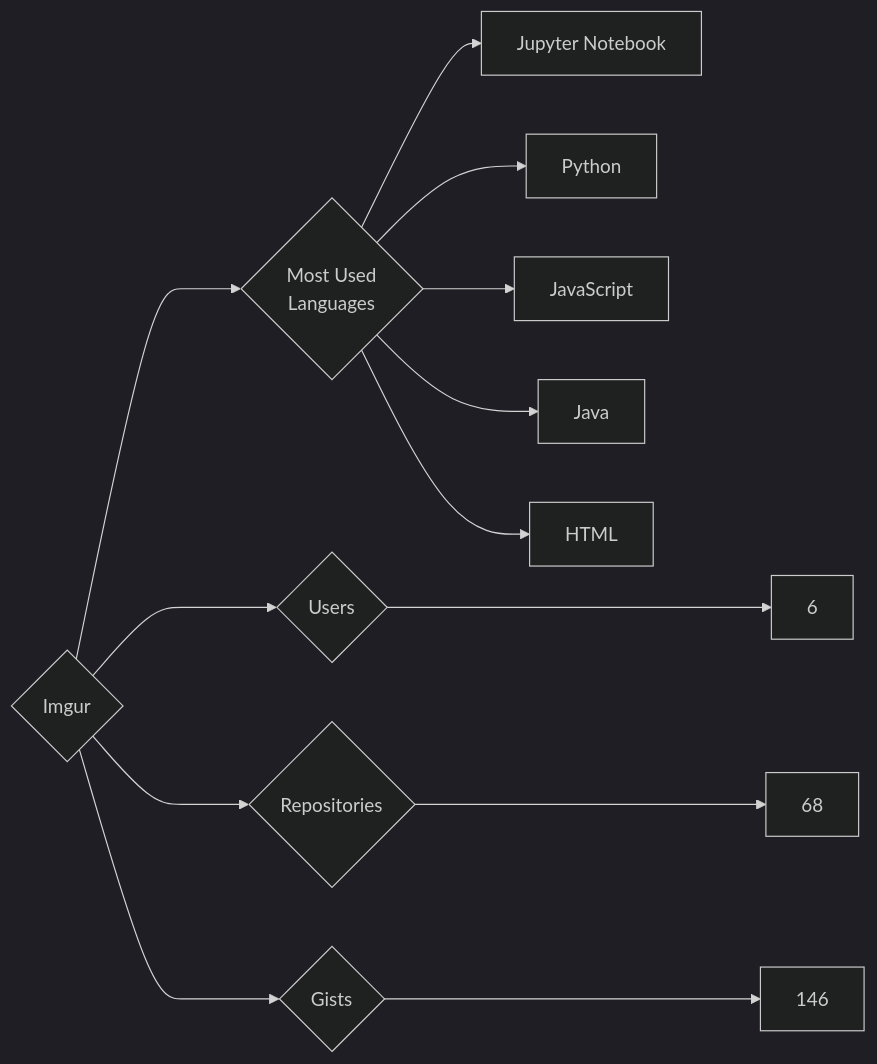
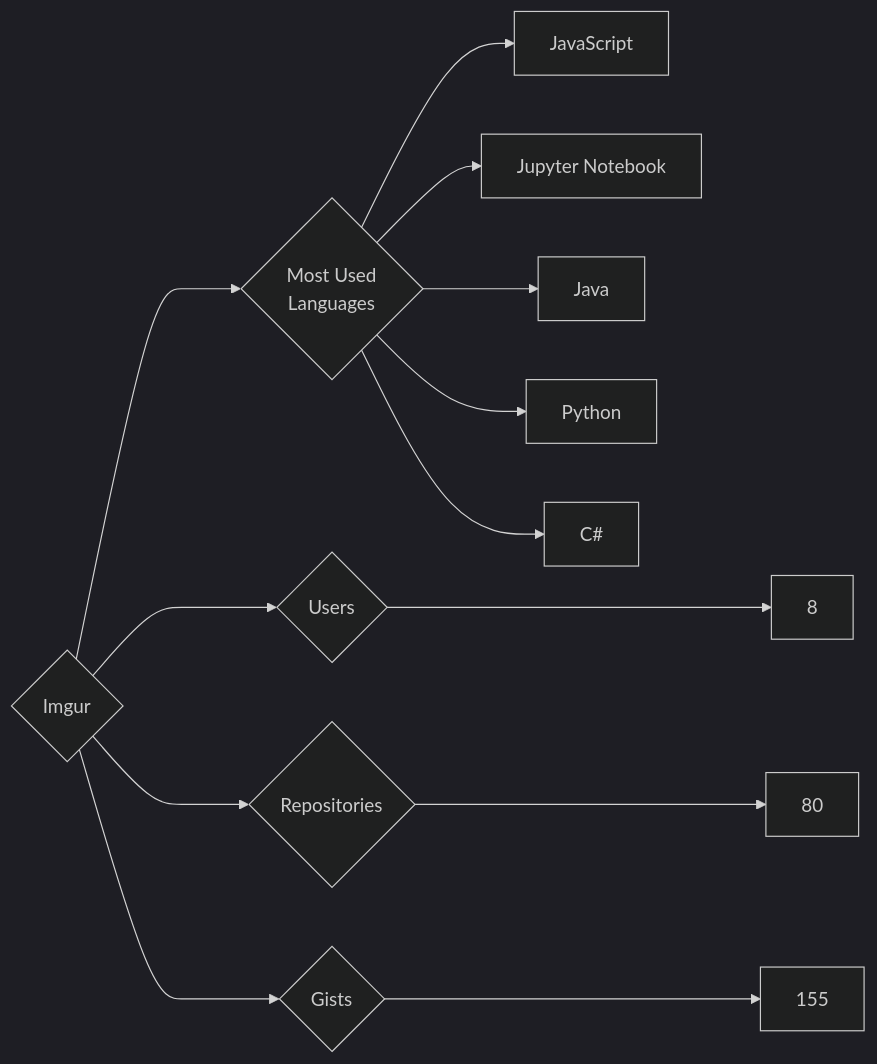
Before and after one commit to trickest/insiders: the diagram in targets/Imgur/README.md, drawn with Mermaid (dark theme). The commit also changed 1055 other files, not shown here.

````diff
--- a/targets/Imgur/README.md
+++ b/targets/Imgur/README.md
@@ -3,13 +3,13 @@
 ```mermaid
 graph LR
 COMPANY_NAME{Imgur}
-COMPANY_NAME ---> U{Users} ---> UN[6]
-COMPANY_NAME ---> R{Repositories} ---> RN[68]
-COMPANY_NAME ---> G{Gists} ---> GN[146]
+COMPANY_NAME ---> U{Users} ---> UN[8]
+COMPANY_NAME ---> R{Repositories} ---> RN[80]
+COMPANY_NAME ---> G{Gists} ---> GN[155]
 COMPANY_NAME ---> ML{Most Used<br>Languages}
+ML --> JavaScript[JavaScript]
 ML --> Jupyter_Notebook[Jupyter Notebook]
+ML --> Java[Java]
 ML --> Python[Python]
-ML --> JavaScript[JavaScript]
-ML --> Java[Java]
-ML --> HTML[HTML]
+ML --> C#[C#]
 ```
````
